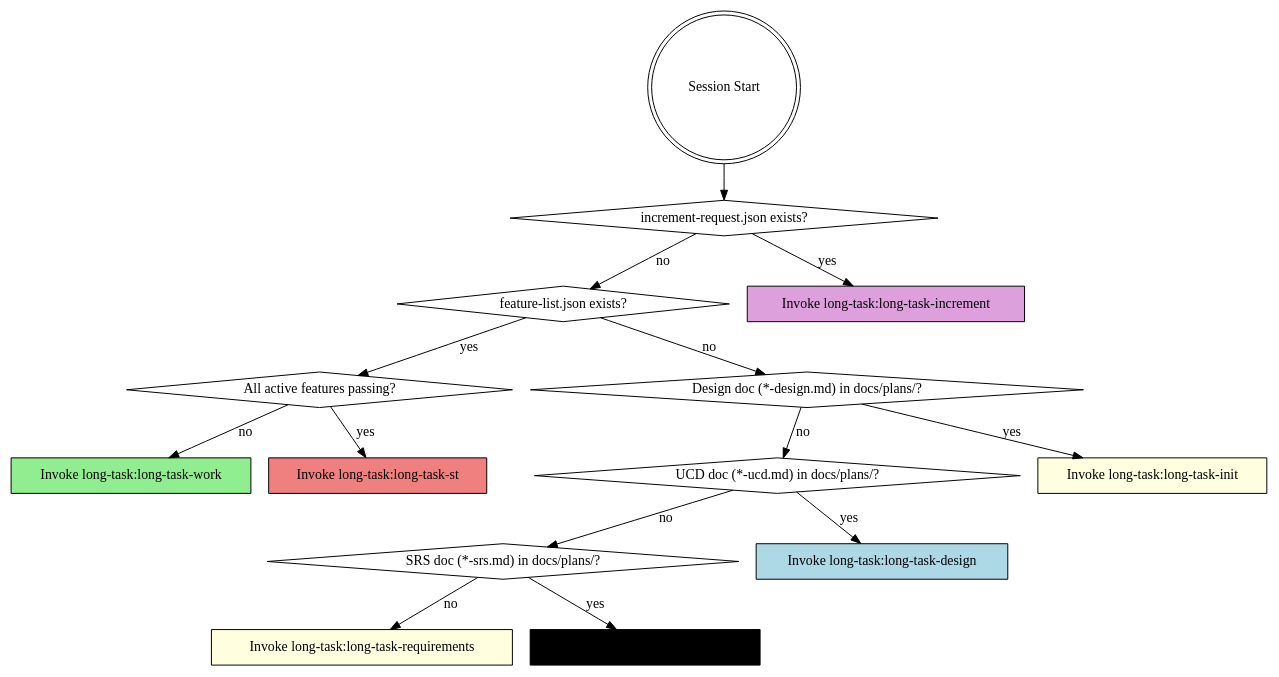
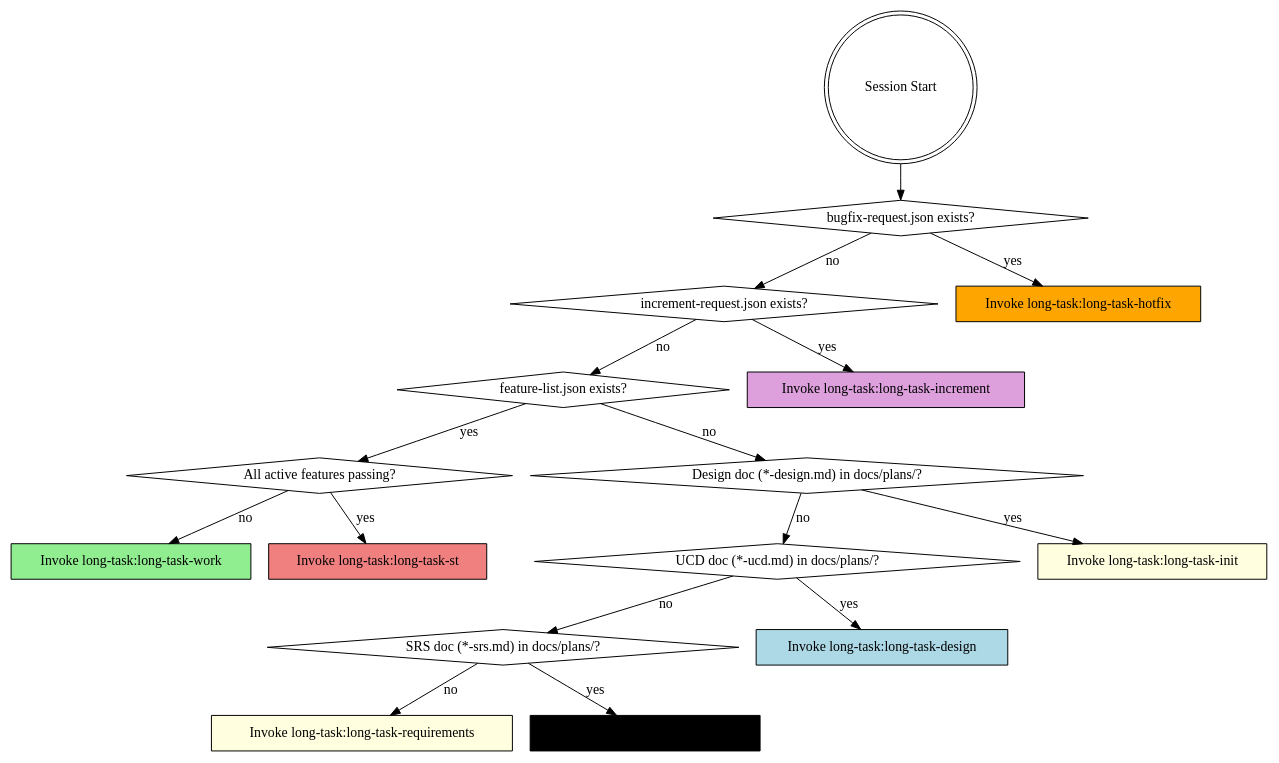
Before and after one commit to RexHeap/longtaskforagent: the diagram in skills/using-long-task/SKILL.md, drawn with Graphviz. The commit also changed other lines of this file and 5 other files, not shown here.

````diff
--- a/skills/using-long-task/SKILL.md
+++ b/skills/using-long-task/SKILL.md
@@ -22,32 +22,36 @@
 ```dot
 digraph phase_detection {
     "Session Start" [shape=doublecircle];
+    "bugfix-request.json exists?" [shape=diamond];
     "increment-request.json exists?" [shape=diamond];
     "feature-list.json exists?" [shape=diamond];
     "All active features passing?" [shape=diamond];
     "Design doc (*-design.md) in docs/plans/?" [shape=diamond];
     "UCD doc (*-ucd.md) in docs/plans/?" [shape=diamond];
     "SRS doc (*-srs.md) in docs/plans/?" [shape=diamond];
+    "Invoke long-task:long-task-hotfix" [shape=box style=filled fillcolor=orange];
     "Invoke long-task:long-task-increment" [shape=box style=filled fillcolor=plum];
     "Invoke long-task:long-task-requirements" [shape=box style=filled fillcolor=lightyellow];
     "Invoke long-task:long-task-ucd" [shape=box style=filled fillcolor=lightorange];
     "Invoke long-task:long-task-design" [shape=box style=filled fillcolor=lightblue];
     "Invoke long-task:long-task-init" [shape=box style=filled fillcolor=lightyellow];
     "Invoke long-task:long-task-work" [shape=box style=filled fillcolor=lightgreen];
     "Invoke long-task:long-task-st" [shape=box style=filled fillcolor=lightcoral];
 
-    "Session Start" -> "increment-request.json exists?";
+    "Session Start" -> "bugfix-request.json exists?";
+    "bugfix-request.json exists?" -> "Invoke long-task:long-task-hotfix" [label="yes"];
+    "bugfix-request.json exists?" -> "increment-request.json exists?" [label="no"];
     "increment-request.json exists?" -> "Invoke long-task:long-task-increment" [label="yes"];
     "increment-request.json exists?" -> "feature-list.json exists?" [label="no"];
     "feature-list.json exists?" -> "All active features passing?" [label="yes"];
     "All active features passing?" -> "Invoke long-task:long-task-st" [label="yes"];
     "All active features passing?" -> "Invoke long-task:long-task-work" [label="no"];
     "feature-list.json exists?" -> "Design doc (*-design.md) in docs/plans/?" [label="no"];
     "Design doc (*-design.md) in docs/plans/?" -> "Invoke long-task:long-task-init" [label="yes"];
     "Design doc (*-design.md) in docs/plans/?" -> "UCD doc (*-ucd.md) in docs/plans/?" [label="no"];
     "UCD doc (*-ucd.md) in docs/plans/?" -> "Invoke long-task:long-task-design" [label="yes"];
     "UCD doc (*-ucd.md) in docs/plans/?" -> "SRS doc (*-srs.md) in docs/plans/?" [label="no"];
     "SRS doc (*-srs.md) in docs/plans/?" -> "Invoke long-task:long-task-ucd" [label="yes"];
     "SRS doc (*-srs.md) in docs/plans/?" -> "Invoke long-task:long-task-requirements" [label="no"];
 }
 ```
````
